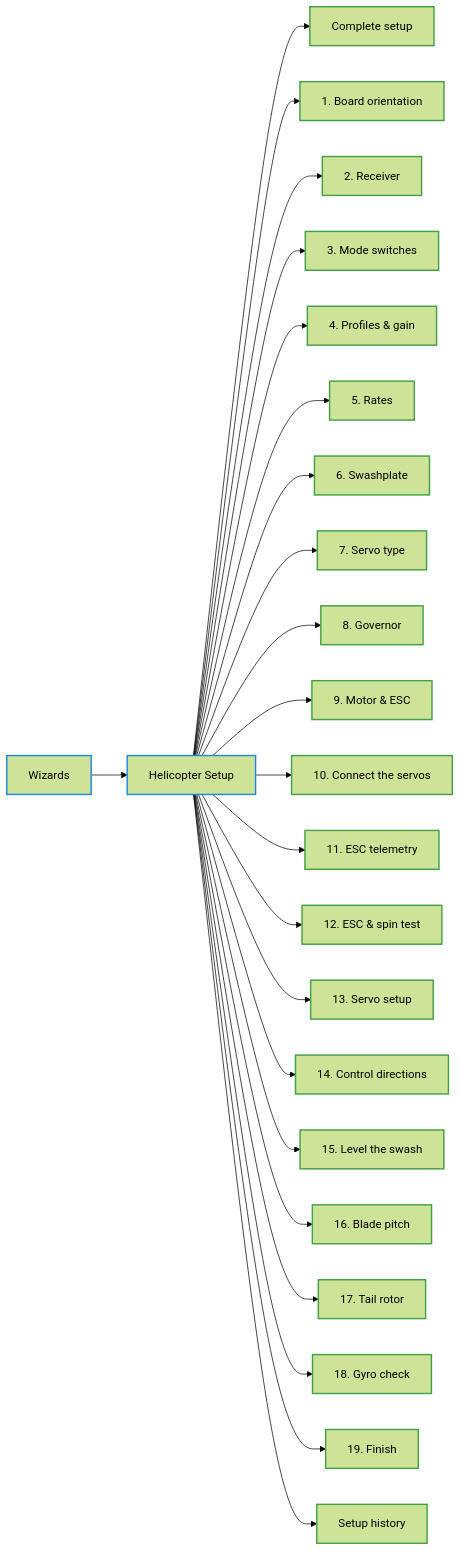
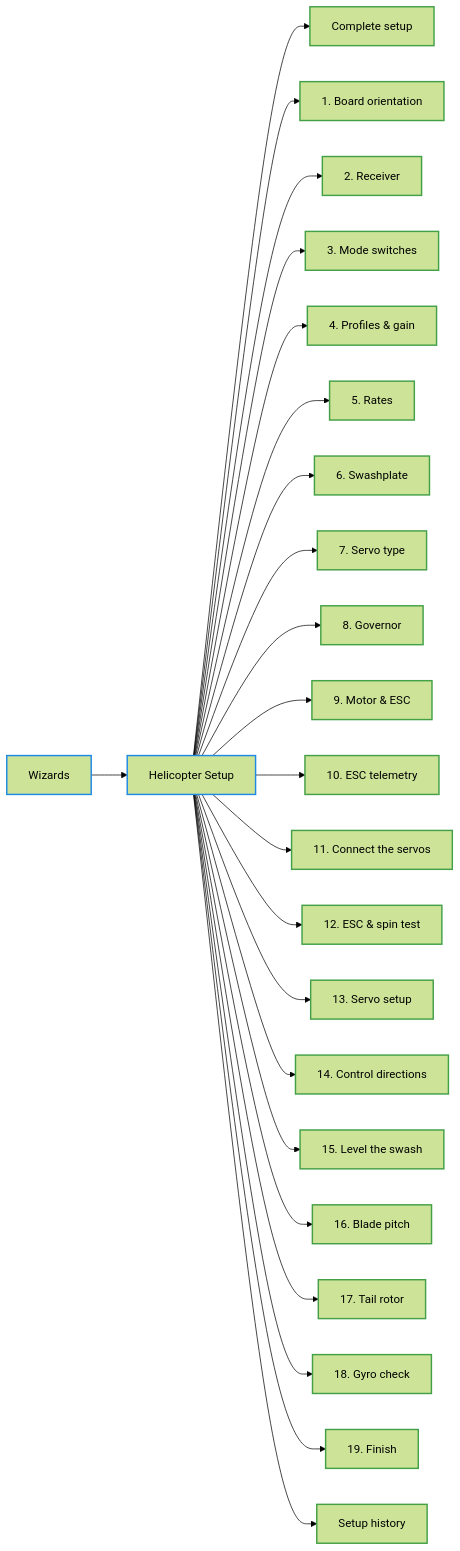
Before and after one commit to rotorflight/rotorflight-lua-edgetx-suite: the fourth of 7 diagrams in docs/reference/menu-structure.md, drawn with Mermaid (forest theme). The commit also changed other lines of this file and 22 other files, not shown here.

First line of the commit message:
feat(setup): ESC telemetry comes before Connect servos

````diff
--- a/docs/reference/menu-structure.md
+++ b/docs/reference/menu-structure.md
@@ -267,53 +267,53 @@
 ```mermaid
 flowchart LR
   n0["Wizards"]:::menu
   n1["Helicopter Setup"]:::menu
   n0 --> n1
   n2["Complete setup"]:::documented
   n1 --> n2
   n3["1. Board orientation"]:::documented
   n1 --> n3
   n4["2. Receiver"]:::documented
   n1 --> n4
   n5["3. Mode switches"]:::documented
   n1 --> n5
   n6["4. Profiles #amp; gain"]:::documented
   n1 --> n6
   n7["5. Rates"]:::documented
   n1 --> n7
   n8["6. Swashplate"]:::documented
   n1 --> n8
   n9["7. Servo type"]:::documented
   n1 --> n9
   n10["8. Governor"]:::documented
   n1 --> n10
   n11["9. Motor #amp; ESC"]:::documented
   n1 --> n11
-  n12["10. Connect the servos"]:::documented
+  n12["10. ESC telemetry"]:::documented
   n1 --> n12
-  n13["11. ESC telemetry"]:::documented
+  n13["11. Connect the servos"]:::documented
   n1 --> n13
   n14["12. ESC #amp; spin test"]:::documented
   n1 --> n14
   n15["13. Servo setup"]:::documented
   n1 --> n15
   n16["14. Control directions"]:::documented
   n1 --> n16
   n17["15. Level the swash"]:::documented
   n1 --> n17
   n18["16. Blade pitch"]:::documented
   n1 --> n18
   n19["17. Tail rotor"]:::documented
   n1 --> n19
   n20["18. Gyro check"]:::documented
   n1 --> n20
   n21["19. Finish"]:::documented
   n1 --> n21
   n22["Setup history"]:::documented
   n1 --> n22
   classDef section stroke:#78909c,stroke-width:3px,font-weight:bold
   classDef menu stroke:#1e88e5,stroke-width:2px
   classDef documented stroke:#43a047,stroke-width:2px
   classDef undocumented stroke:#fb8c00,stroke-width:2px,stroke-dasharray:5 4
   classDef empty stroke:#9e9e9e,stroke-width:2px,stroke-dasharray:2 3
 ```
````
